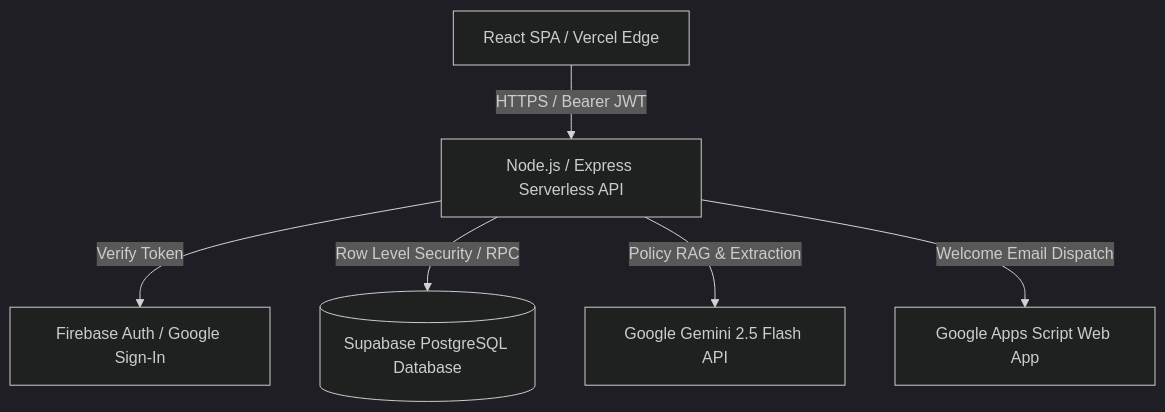
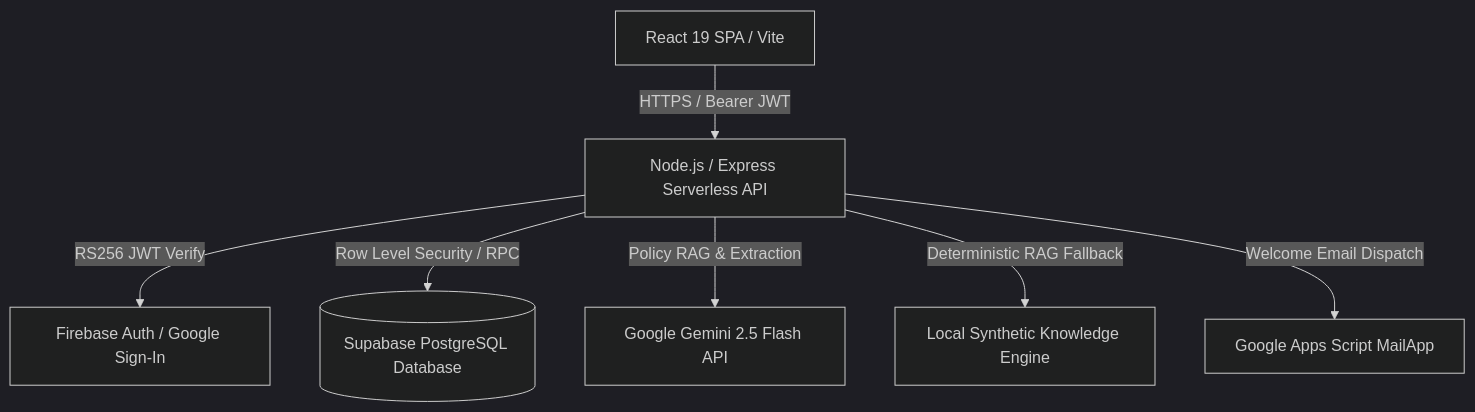
The diagram in docs/ARCHITECTURE_AND_DESIGN_DECISIONS.md (dandetejaswini/CampusResolve-AI), drawn with Mermaid (dark theme) before and after one commit. The commit also changed other lines of this file and 6 other files, not shown here.

Commit message:
docs(challenge): create standalone data dictionary, video demonstration plan, and update submission architecture guides

````diff
--- a/docs/ARCHITECTURE_AND_DESIGN_DECISIONS.md
+++ b/docs/ARCHITECTURE_AND_DESIGN_DECISIONS.md
@@ -9,8 +17,9 @@
 ```mermaid
 graph TD
-    Client[React SPA / Vercel Edge] -->|HTTPS / Bearer JWT| Server[Node.js / Express Serverless API]
-    Server -->|Verify Token| FB[Firebase Auth / Google Sign-In]
+    Client[React 19 SPA / Vite] -->|HTTPS / Bearer JWT| Server[Node.js / Express Serverless API]
+    Server -->|RS256 JWT Verify| FB[Firebase Auth / Google Sign-In]
     Server -->|Row Level Security / RPC| SB[(Supabase PostgreSQL Database)]
     Server -->|Policy RAG & Extraction| Gemini[Google Gemini 2.5 Flash API]
-    Server -->|Welcome Email Dispatch| GAS[Google Apps Script Web App]
+    Server -->|Deterministic RAG Fallback| Fallback[Local Synthetic Knowledge Engine]
+    Server -->|Welcome Email Dispatch| GAS[Google Apps Script MailApp]
 ```
````
